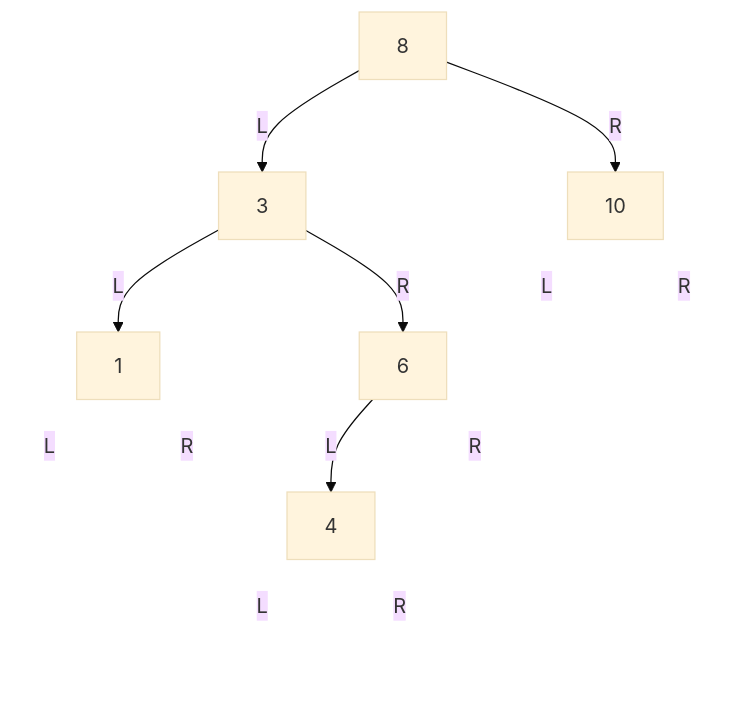
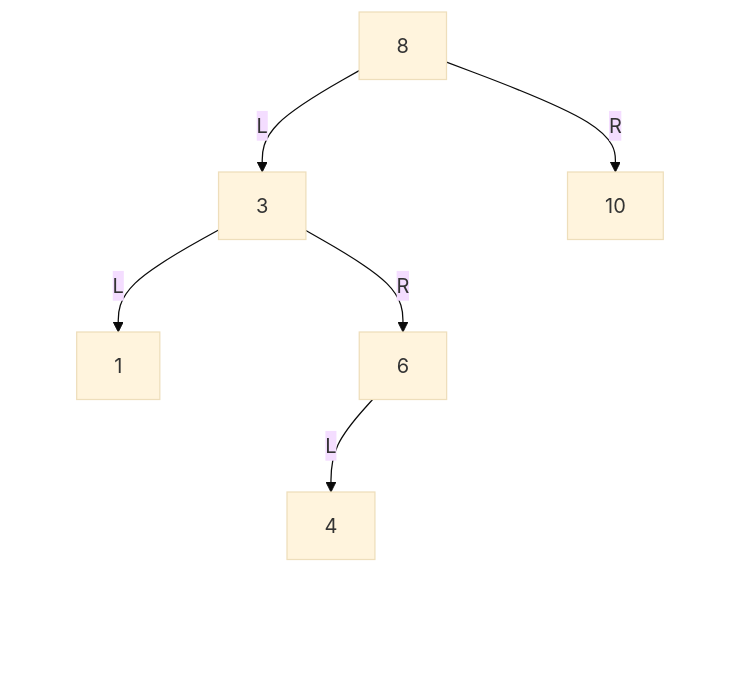
Before and after one commit to FormingSystem/linux_note: the second of 19 diagrams in knowledge/linux/data_structures/红黑树_rb-tree/P22_BST删除与子树回接.md, drawn with Mermaid (base theme). The commit also changed other lines of this file and 3 other files, not shown here.

````diff
--- a/knowledge/linux/data_structures/红黑树_rb-tree/P22_BST删除与子树回接.md
+++ b/knowledge/linux/data_structures/红黑树_rb-tree/P22_BST删除与子树回接.md
@@ -92,50 +92,50 @@
 ```mermaid
 graph TD
 		A["8"]
 
 		B["3"]
 		C["10"]
 
 		D["1"]
 		E["6"]
 		C_L[" "]
 		C_R[" "]
 
 		D_L[" "]
 		D_R[" "]
 		F["4"]
 		E_R[" "]
 
 		F_L[" "]
 		F_R[" "]
 
 	A -->|L| B
 	A -->|R| C
 
 	B -->|L| D
 	B -->|R| E
 
-	C -->|L| C_L
-	C -->|R| C_R
+	C --> C_L
+	C --> C_R
 
-	D -->|L| D_L
-	D -->|R| D_R
+	D --> D_L
+	D --> D_R
 
 	E -->|L| F
-	E -->|R| E_R
+	E --> E_R
 
-	F -->|L| F_L
-	F -->|R| F_R
+	F --> F_L
+	F --> F_R
 
 	classDef ghost fill:transparent,stroke:transparent,color:transparent;
 	class C_L,C_R,D_L,D_R,E_R,F_L,F_R ghost;
 
 
 	linkStyle 4 stroke:transparent;
 	linkStyle 5 stroke:transparent;
 	linkStyle 6 stroke:transparent;
 	linkStyle 7 stroke:transparent;
 	linkStyle 9 stroke:transparent;
 	linkStyle 10 stroke:transparent;
 	linkStyle 11 stroke:transparent;
 ```
````
